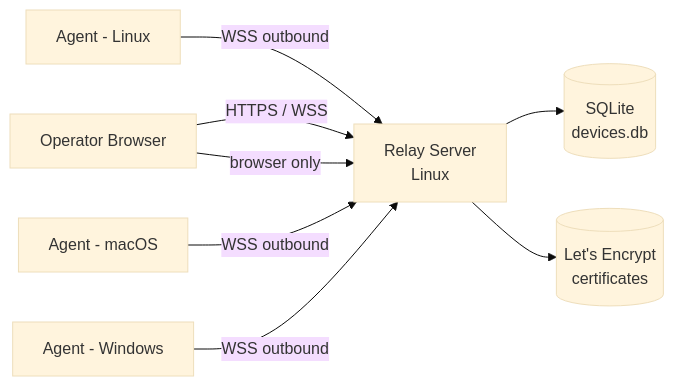
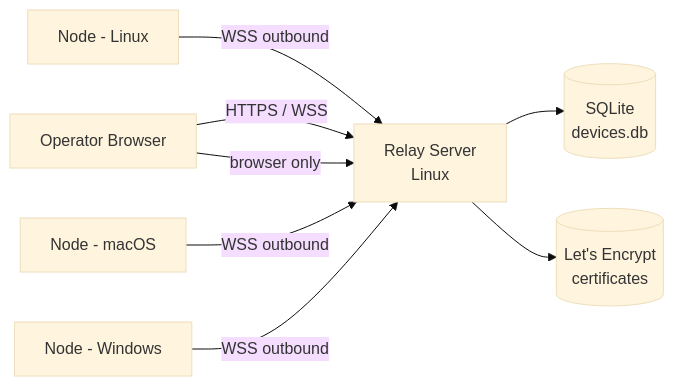
Before and after one commit to pcc-258/warpmesh: the first of 11 diagrams in docs/architecture.md, drawn with Mermaid (base theme). The commit also changed other lines of this file and 107 other files, not shown here.

First line of the commit message:
feat(node): replace native agent with node runtime, add Windows client and OTA updates

````diff
--- a/docs/architecture.md
+++ b/docs/architecture.md
@@ -22,10 +22,10 @@
 ```mermaid
 flowchart LR
     U[Operator Browser] -->|HTTPS / WSS| S[Relay Server<br/>Linux]
-    A1[Agent - Linux] -->|WSS outbound| S
-    A2[Agent - macOS] -->|WSS outbound| S
-    A3[Agent - Windows] -->|WSS outbound| S
+    A1[Node - Linux] -->|WSS outbound| S
+    A2[Node - macOS] -->|WSS outbound| S
+    A3[Node - Windows] -->|WSS outbound| S
     S --> D[(SQLite<br/>devices.db)]
     S --> C[(Let's Encrypt<br/>certificates)]
     U -->|browser only| S
 ```
````
